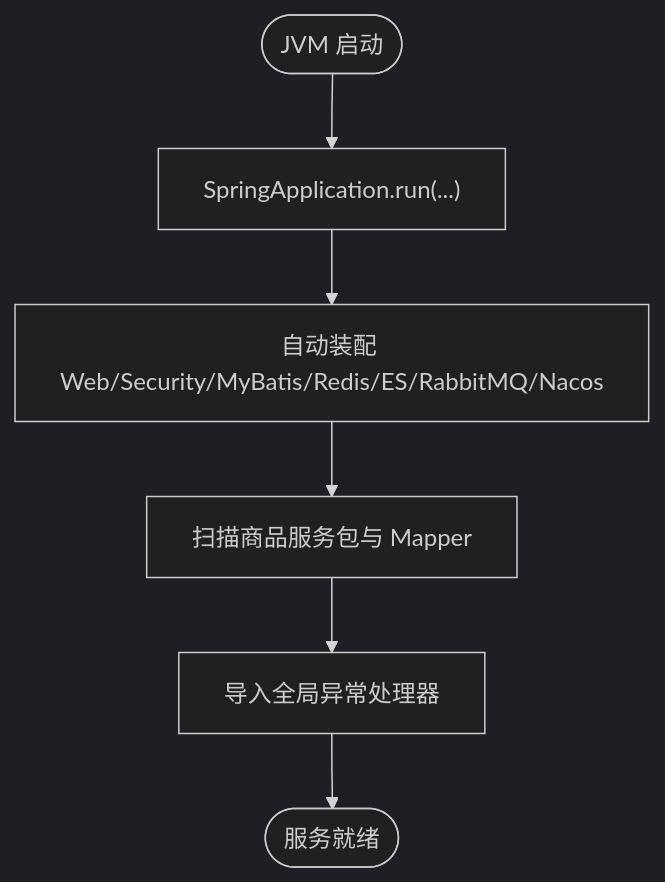
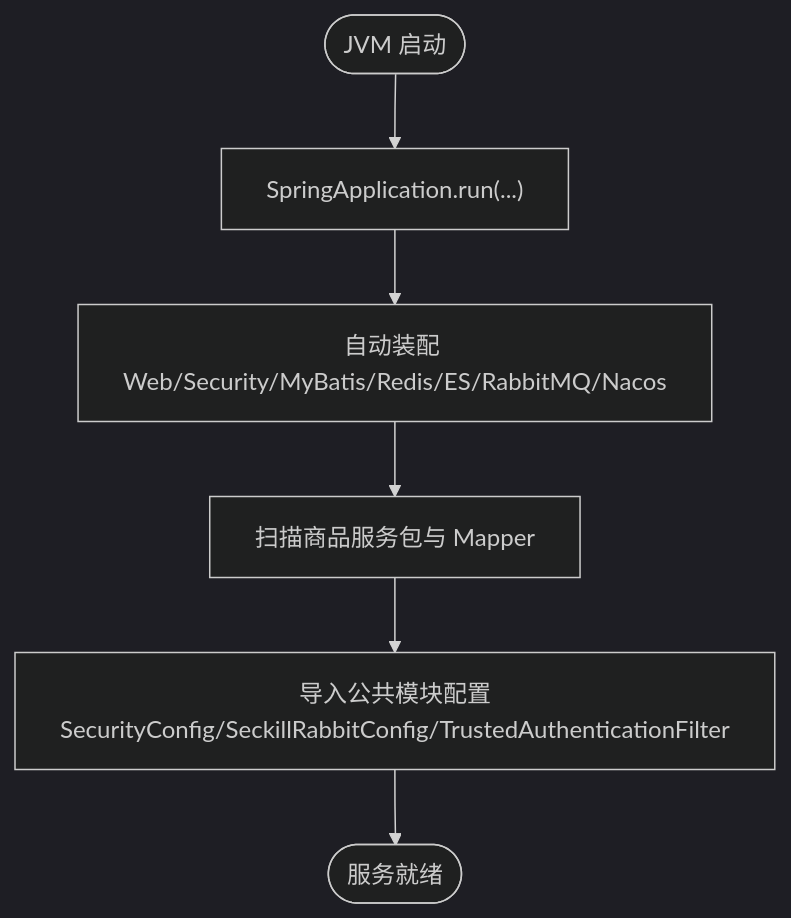
The third of 9 diagrams in .qoder/repowiki/zh/content/后端架构设计/商品服务/商品服务架构设计.md (haohailiang/qoder-fullstack), drawn with Mermaid (dark theme) before and after one commit. The commit also changed other lines of this file and 36 other files, not shown here.

````diff
--- a/.qoder/repowiki/zh/content/后端架构设计/商品服务/商品服务架构设计.md
+++ b/.qoder/repowiki/zh/content/后端架构设计/商品服务/商品服务架构设计.md
@@ -144,8 +151,8 @@
 ```mermaid
 flowchart TD
 Start(["JVM 启动"]) --> Run["SpringApplication.run(...)"]
 Run --> Auto["自动装配 Web/Security/MyBatis/Redis/ES/RabbitMQ/Nacos"]
 Auto --> Scan["扫描商品服务包与 Mapper"]
-Scan --> Import["导入全局异常处理器"]
+Scan --> Import["导入公共模块配置<br/>SecurityConfig/SeckillRabbitConfig/TrustedAuthenticationFilter"]
 Import --> Ready(["服务就绪"])
 ```
````
